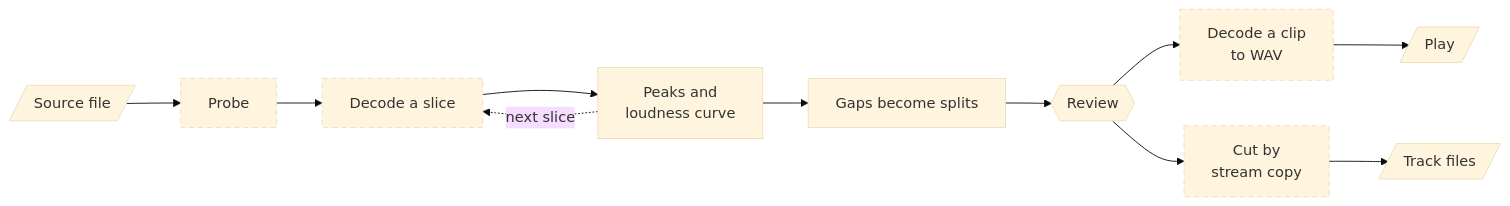
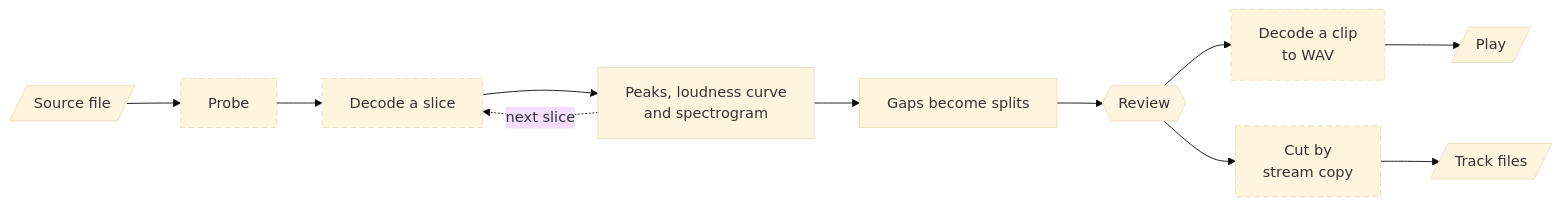
Before and after one commit to suleymanyaryev/audio-splitter: the diagram in README.md, drawn with Mermaid (base theme). The commit also changed other lines of this file and 4 other files, not shown here.

First line of the commit message:
docs(spectrogram): close milestone 7: architecture, README, concept note 14 and the v2 milestones

````diff
--- a/README.md
+++ b/README.md
@@ -29,22 +29,22 @@
 ```mermaid
 flowchart LR
   file[/"Source file"/]
   probe["Probe"]
   slice["Decode a slice"]
-  summaries["Peaks and<br/>loudness curve"]
+  summaries["Peaks, loudness curve<br/>and spectrogram"]
   splits["Gaps become splits"]
   review{{"Review"}}
   clip["Decode a clip<br/>to WAV"]
   play[/"Play"/]
   cut["Cut by<br/>stream copy"]
   folder[/"Track files"/]
 
   file --> probe --> slice --> summaries
   summaries -. "next slice" .-> slice
   summaries --> splits --> review
   review --> clip --> play
   review --> cut --> folder
 
   classDef ffmpeg stroke-dasharray: 6 4
   class probe,slice,clip,cut ffmpeg
 ```
````
